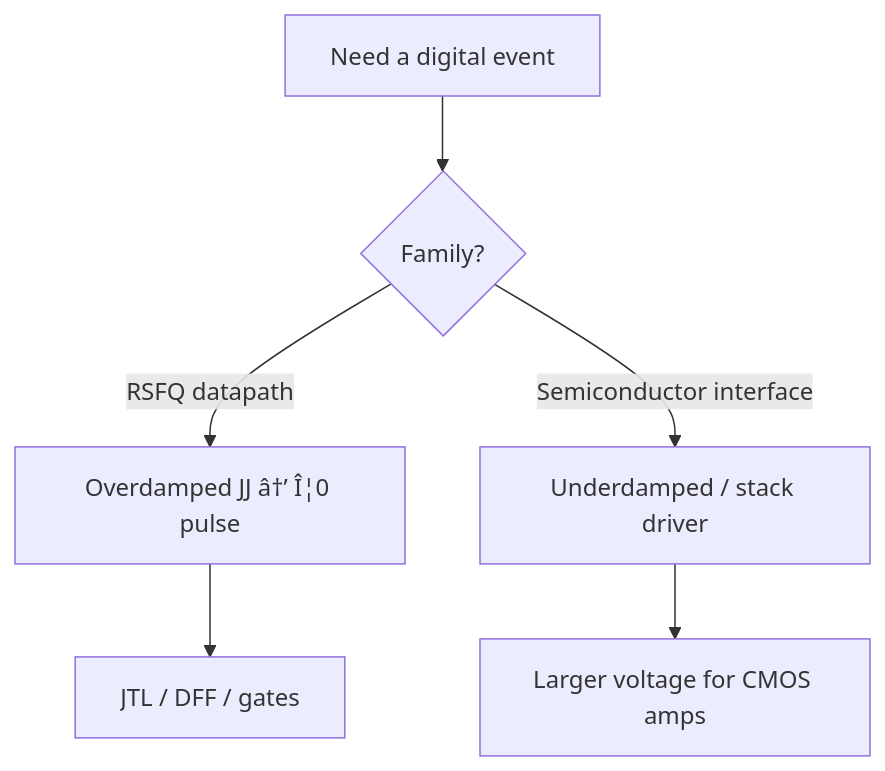
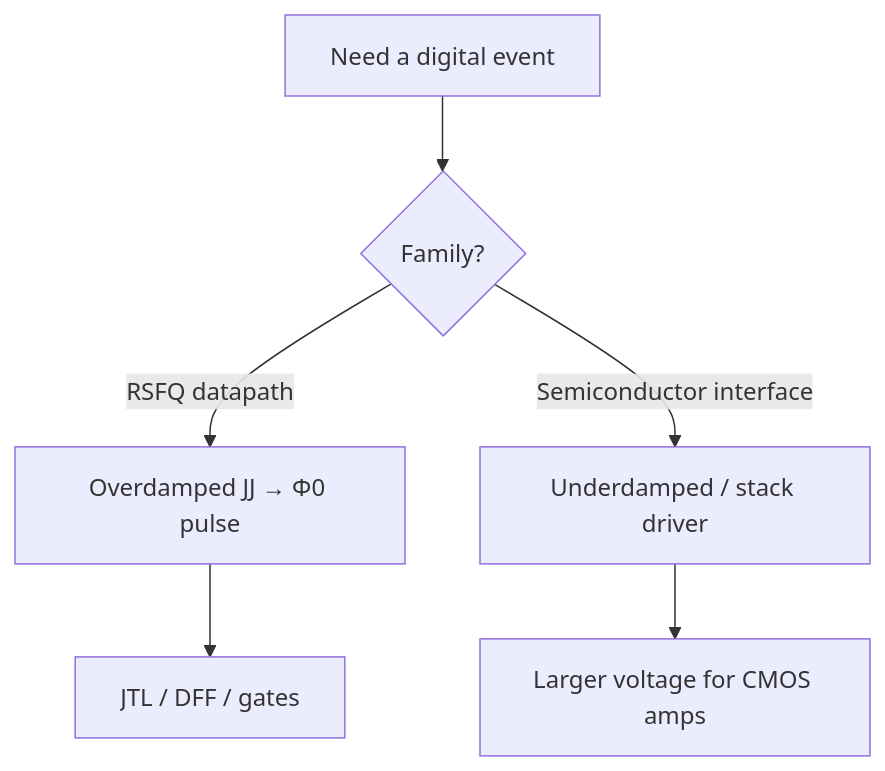
One commit to Single-Flux-Quantum/sfq-learn-public changed the second of 2 diagrams in docs/concepts/cmos-vs-sfq.md. Above: the diagram before and after it, drawn with Mermaid. The commit also changed other lines of this file and 39 other files, not shown here.

````diff
--- a/docs/concepts/cmos-vs-sfq.md
+++ b/docs/concepts/cmos-vs-sfq.md
@@ -122,8 +122,8 @@
 ```mermaid
 flowchart TD
   Bit[Need a digital event] --> Ask{Family?}
-  Ask -->|RSFQ datapath| OD[Overdamped JJ â†’ Î¦0 pulse]
+  Ask -->|RSFQ datapath| OD[Overdamped JJ → Φ0 pulse]
   Ask -->|Semiconductor interface| UD[Underdamped / stack driver]
   OD --> Cells[JTL / DFF / gates]
   UD --> Amp[Larger voltage for CMOS amps]
 ```
````
